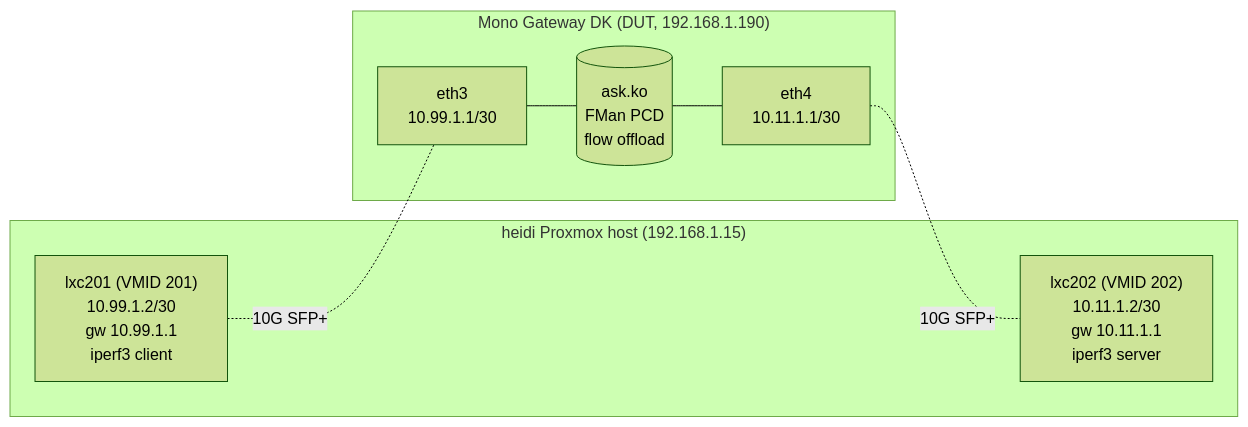
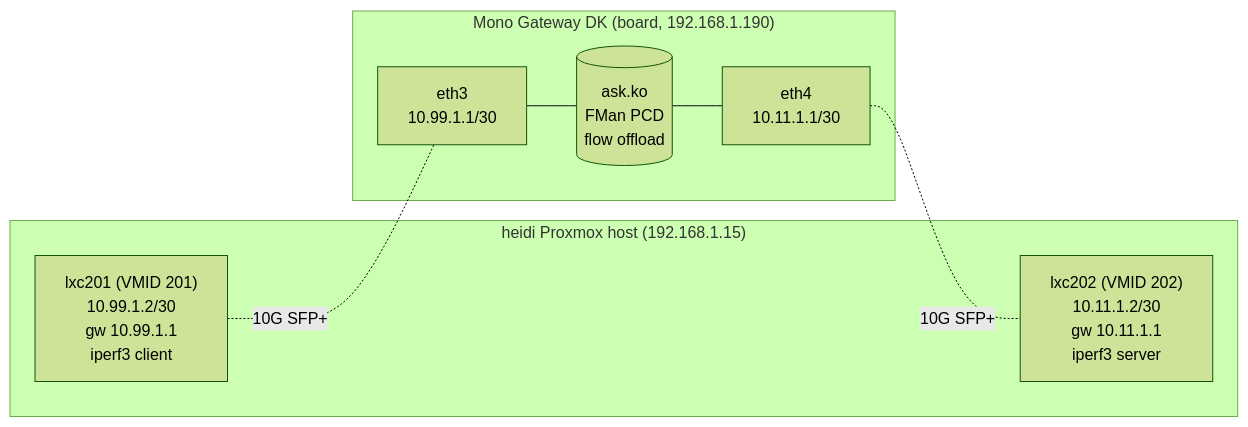
Before and after one commit to Daegara/vyos-ls1046a-build: the diagram in plans/DEV-LOOP.md, drawn with Mermaid (forest theme). The commit also changed other lines of this file and 18 other files, not shown here.

````diff
--- a/plans/DEV-LOOP.md
+++ b/plans/DEV-LOOP.md
@@ -336,15 +336,15 @@
 ```mermaid
 flowchart LR
   subgraph heidi["heidi Proxmox host (192.168.1.15)"]
     lxc201["lxc201 (VMID 201)<br/>10.99.1.2/30<br/>gw 10.99.1.1<br/>iperf3 client"]
     lxc202["lxc202 (VMID 202)<br/>10.11.1.2/30<br/>gw 10.11.1.1<br/>iperf3 server"]
   end
-  subgraph mono["Mono Gateway DK (DUT, 192.168.1.190)"]
+  subgraph mono["Mono Gateway DK (board, 192.168.1.190)"]
     eth3["eth3<br/>10.99.1.1/30"]
     eth4["eth4<br/>10.11.1.1/30"]
     ask[("ask.ko<br/>FMan PCD<br/>flow offload")]
   end
   lxc201 -.10G SFP+.- eth3
   eth4 -.10G SFP+.- lxc202
   eth3 --- ask --- eth4
 ```
````
